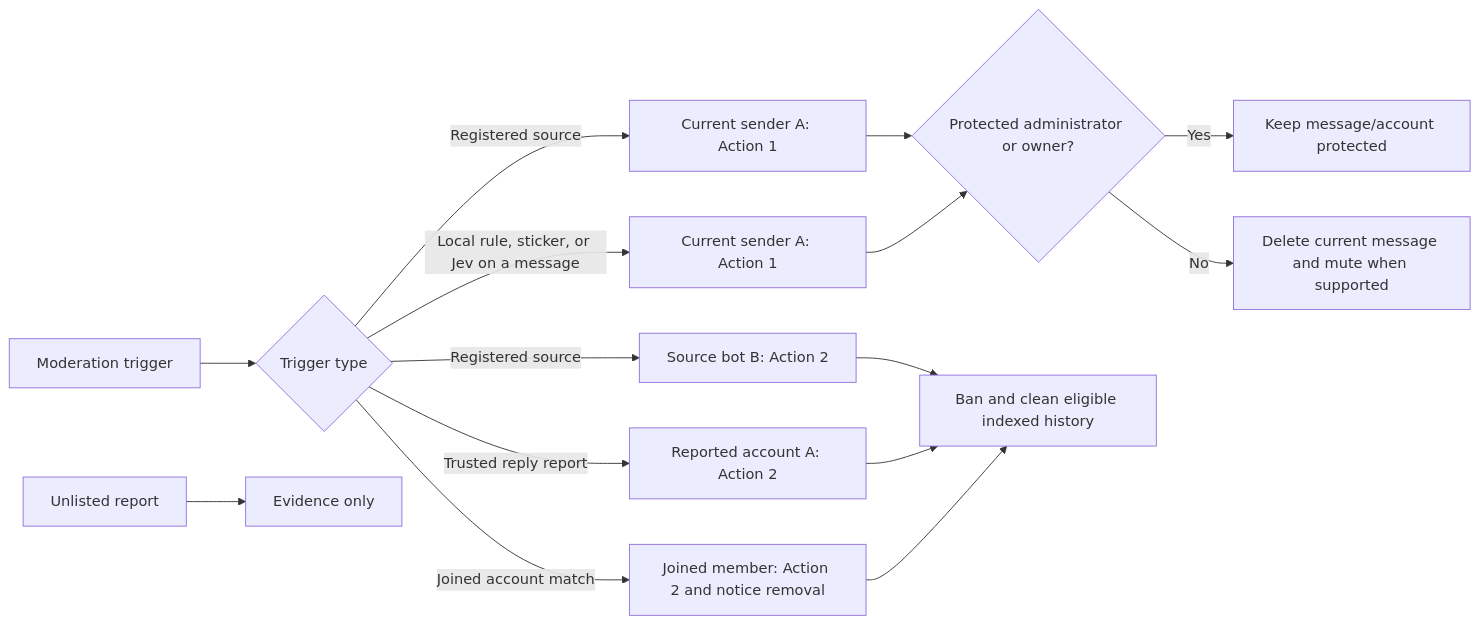
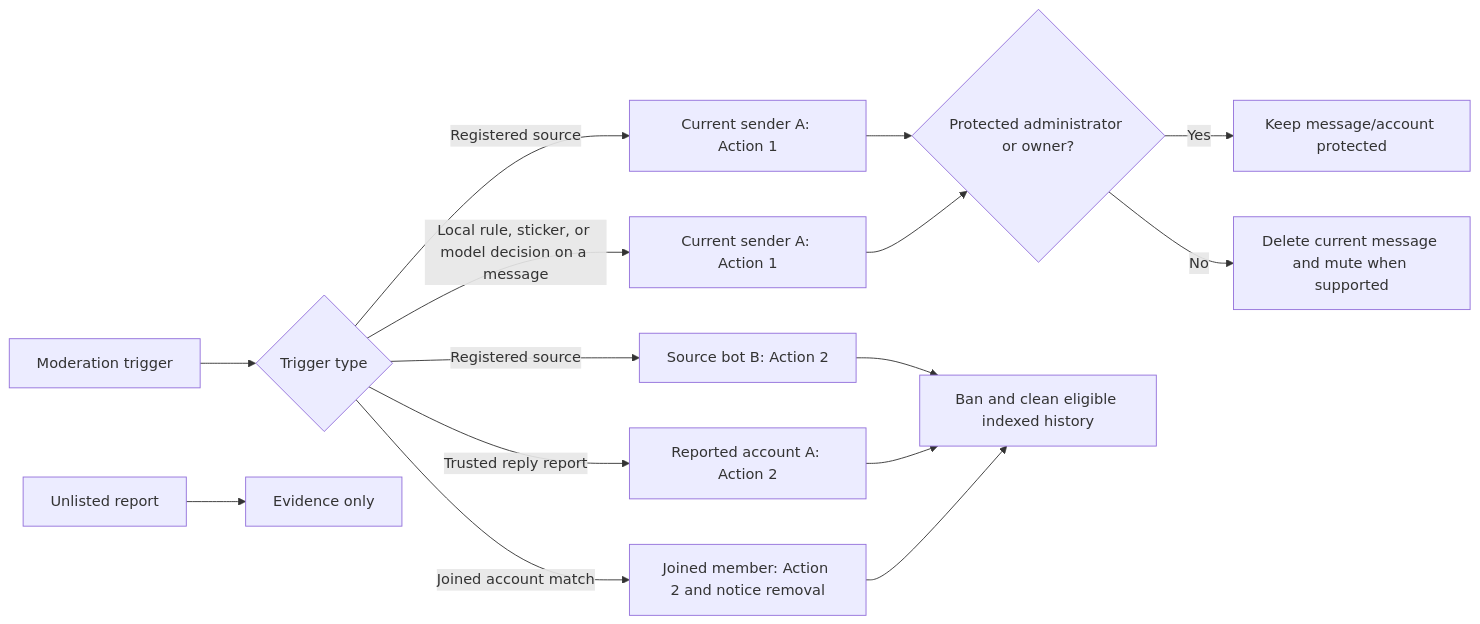
Before and after one commit to IceCodeNew/anti-fwd-spam: the second of 2 diagrams in docs/behavior.md, drawn with Mermaid. The commit also changed other lines of this file and 21 other files, not shown here.

````diff
--- a/docs/behavior.md
+++ b/docs/behavior.md
@@ -77,17 +77,17 @@
 ```mermaid
 flowchart LR
     A[Moderation trigger] --> B{Trigger type}
     B -->|Registered source| C[Current sender A: Action 1]
     B -->|Registered source| D[Source bot B: Action 2]
     B -->|Trusted reply report| E[Reported account A: Action 2]
-    B -->|Local rule, sticker, or Jev on a message| F[Current sender A: Action 1]
+    B -->|Local rule, sticker, or model decision on a message| F[Current sender A: Action 1]
     B -->|Joined account match| M[Joined member: Action 2 and notice removal]
     G[Unlisted report] --> H[Evidence only]
     C --> I{Protected administrator or owner?}
     F --> I
     I -->|Yes| J[Keep message/account protected]
     I -->|No| K[Delete current message and mute when supported]
     D --> L[Ban and clean eligible indexed history]
     E --> L
     M --> L
 ```
````
